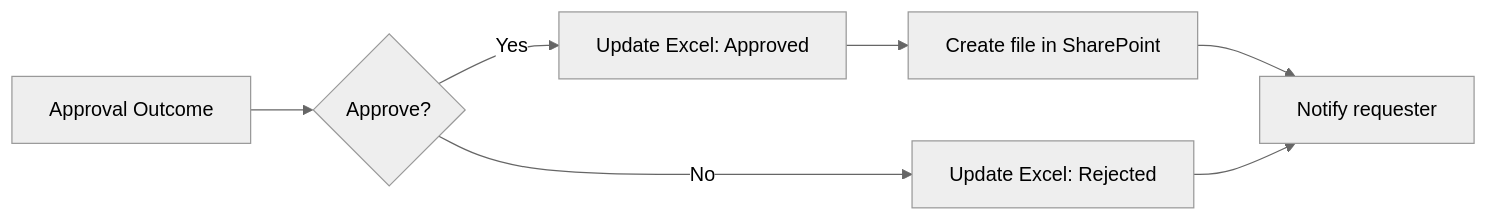
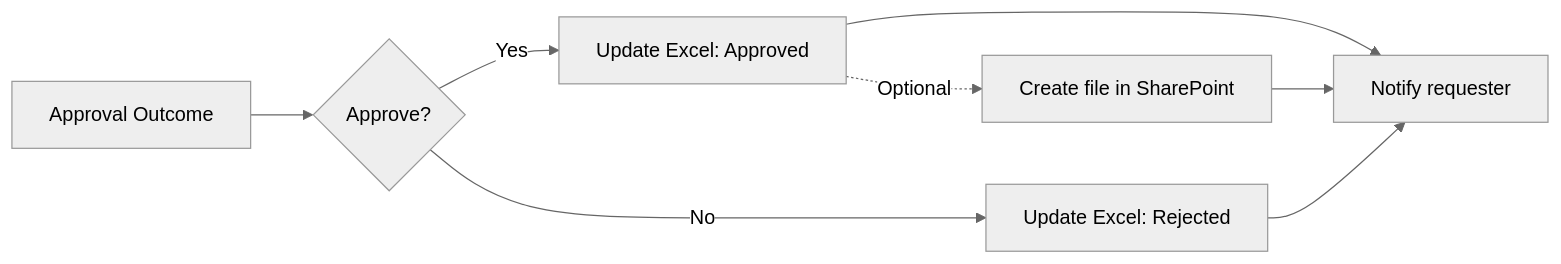
The diagram in docs/exercises/07-archive-approved-request-in-sharepoint.md (teerasej/cpall-gosoft-power-automate-2026), drawn with Mermaid (neutral theme) before and after one commit. The commit also changed other lines of this file and 13 other files, not shown here.

Commit message:
Make SharePoint an optional Day 1 extension

````diff
--- a/docs/exercises/07-archive-approved-request-in-sharepoint.md
+++ b/docs/exercises/07-archive-approved-request-in-sharepoint.md
@@ -20,9 +42,10 @@
 ```mermaid
 flowchart LR
     A["Approval Outcome"] --> B{"Approve?"}
     B -->|Yes| C["Update Excel: Approved"]
-    C --> D["Create file in SharePoint"]
+    C -. Optional .-> D["Create file in SharePoint"]
     B -->|No| E["Update Excel: Rejected"]
-    D --> F["Notify requester"]
+    C --> F["Notify requester"]
+    D --> F
     E --> F
 ```
````
